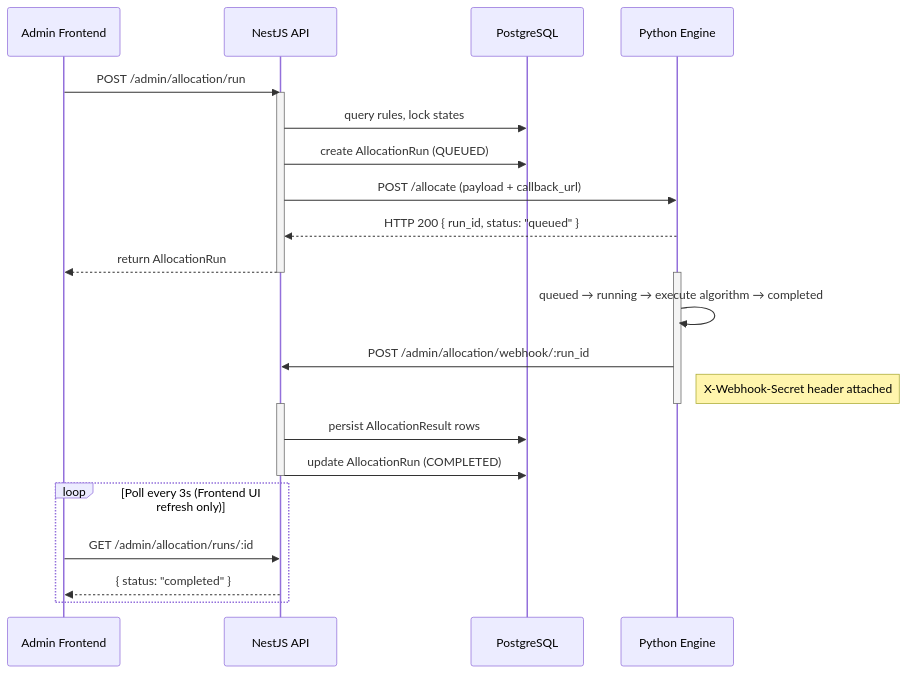
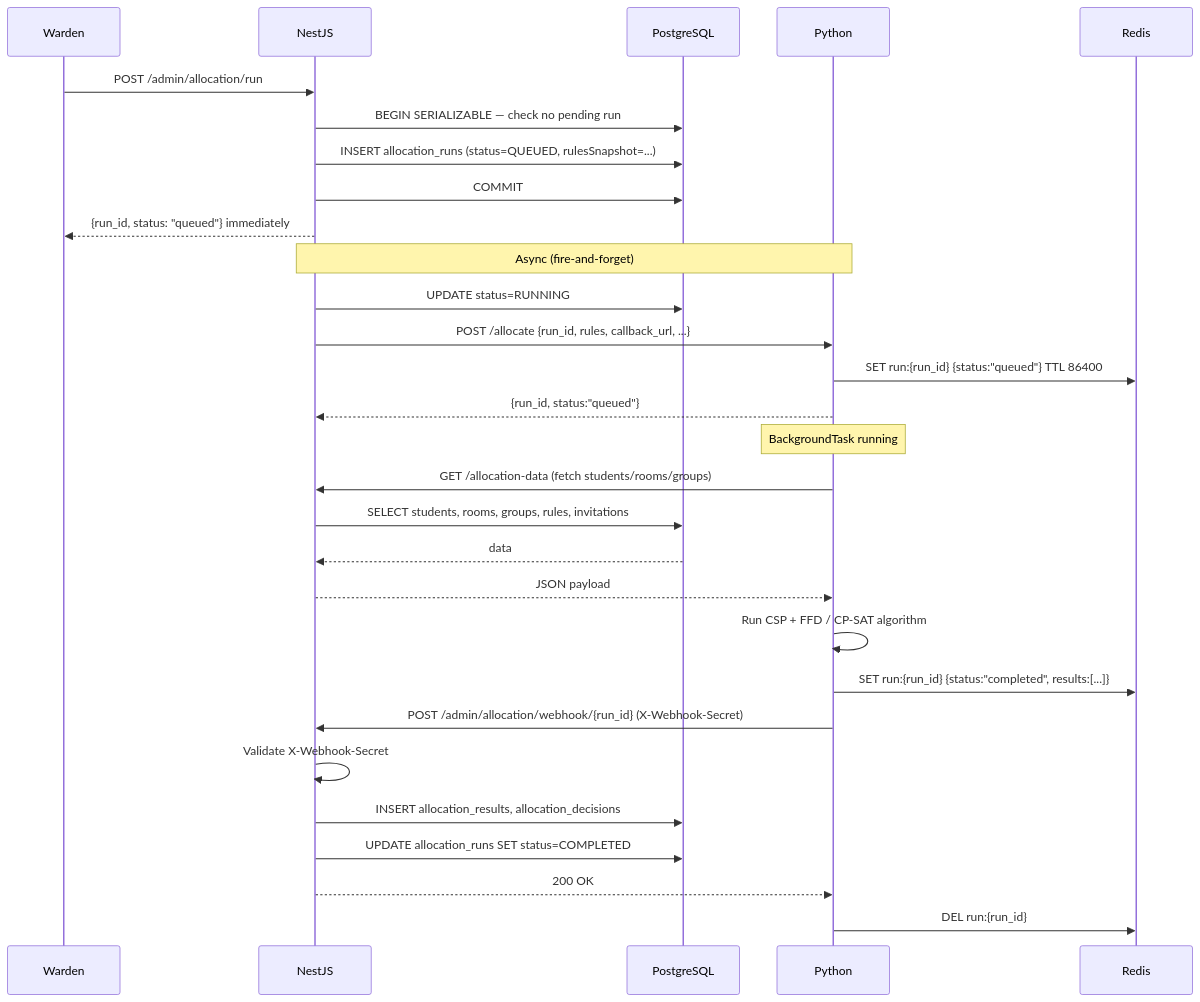
The third of 5 diagrams in README.md (Theewebwizard/Hostel-allocation-official), drawn with Mermaid before and after one commit. The commit also changed other lines of this file, not shown here.

Commit message:
docs: remove extensive technical documentation and architecture diagrams from README

````diff
--- a/README.md
+++ b/README.md
@@ -141,32 +300,39 @@
 ```mermaid
 sequenceDiagram
-    participant AdminUI as Admin Frontend
-    participant NestJS as NestJS API
-    participant DB as PostgreSQL
-    participant Python as Python Engine
+    participant Warden
+    participant NestJS
+    participant PostgreSQL
+    participant Python
+    participant Redis
 
-    AdminUI->>NestJS: POST /admin/allocation/run
-    activate NestJS
-    NestJS->>DB: query rules, lock states
-    NestJS->>DB: create AllocationRun (QUEUED)
-    NestJS->>Python: POST /allocate (payload + callback_url)
-    Python-->>NestJS: HTTP 200 { run_id, status: "queued" }
-    NestJS-->>AdminUI: return AllocationRun
-    deactivate NestJS
-    
-    activate Python
-    Python->>Python: queued → running → execute algorithm → completed
-    Python->>NestJS: POST /admin/allocation/webhook/:run_id
-    Note right of Python: X-Webhook-Secret header attached
-    deactivate Python
-    
-    activate NestJS
-    NestJS->>DB: persist AllocationResult rows
-    NestJS->>DB: update AllocationRun (COMPLETED)
-    deactivate NestJS
-    
-    loop Poll every 3s (Frontend UI refresh only)
-        AdminUI->>NestJS: GET /admin/allocation/runs/:id
-        NestJS-->>AdminUI: { status: "completed" }
-    end
+    Warden->>NestJS: POST /admin/allocation/run
+    NestJS->>PostgreSQL: BEGIN SERIALIZABLE — check no pending run
+    NestJS->>PostgreSQL: INSERT allocation_runs (status=QUEUED, rulesSnapshot=...)
+    NestJS->>PostgreSQL: COMMIT
+    NestJS-->>Warden: {run_id, status: "queued"} immediately
+
+    Note over NestJS,Python: Async (fire-and-forget)
+
+    NestJS->>PostgreSQL: UPDATE status=RUNNING
+    NestJS->>Python: POST /allocate {run_id, rules, callback_url, ...}
+    Python->>Redis: SET run:{run_id} {status:"queued"} TTL 86400
+    Python-->>NestJS: {run_id, status:"queued"}
+
+    Note over Python: BackgroundTask running
+
+    Python->>NestJS: GET /allocation-data (fetch students/rooms/groups)
+    NestJS->>PostgreSQL: SELECT students, rooms, groups, rules, invitations
+    PostgreSQL-->>NestJS: data
+    NestJS-->>Python: JSON payload
+
+    Python->>Python: Run CSP + FFD / CP-SAT algorithm
+    Python->>Redis: SET run:{run_id} {status:"completed", results:[...]}
+
+    Python->>NestJS: POST /admin/allocation/webhook/{run_id} (X-Webhook-Secret)
+    NestJS->>NestJS: Validate X-Webhook-Secret
+    NestJS->>PostgreSQL: INSERT allocation_results, allocation_decisions
+    NestJS->>PostgreSQL: UPDATE allocation_runs SET status=COMPLETED
+    NestJS-->>Python: 200 OK
+
+    Python->>Redis: DEL run:{run_id}
 ```
````
